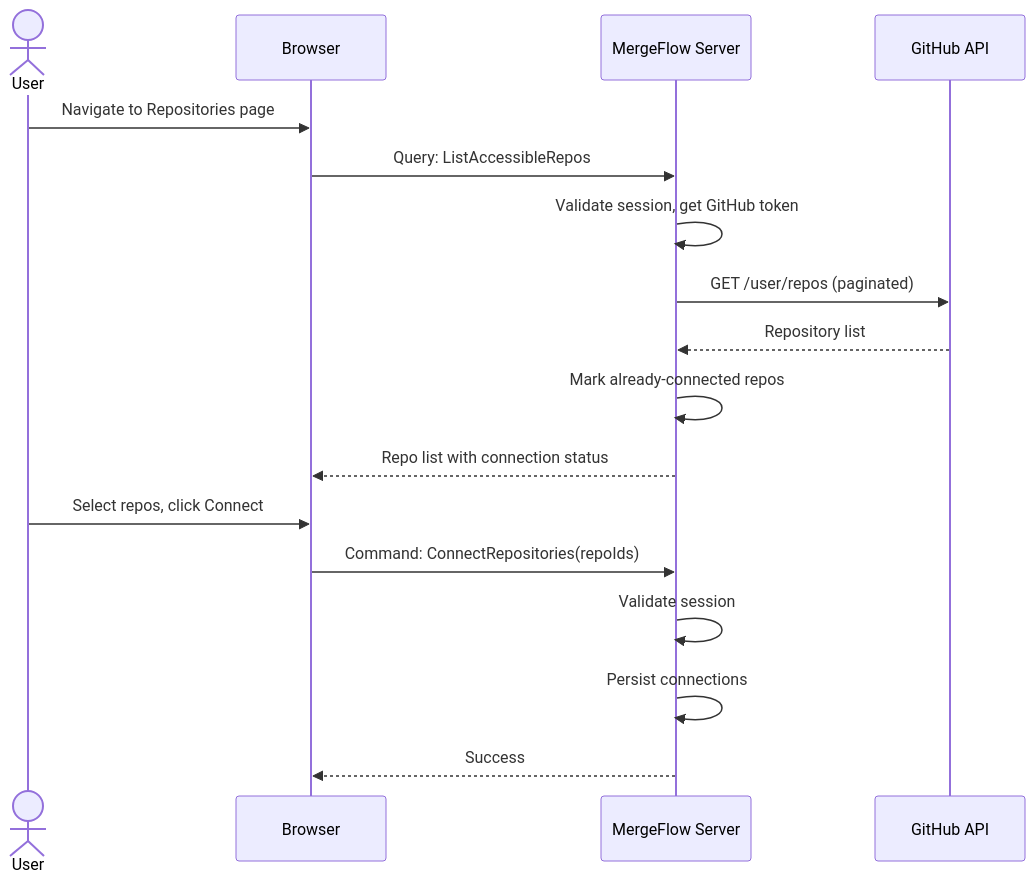
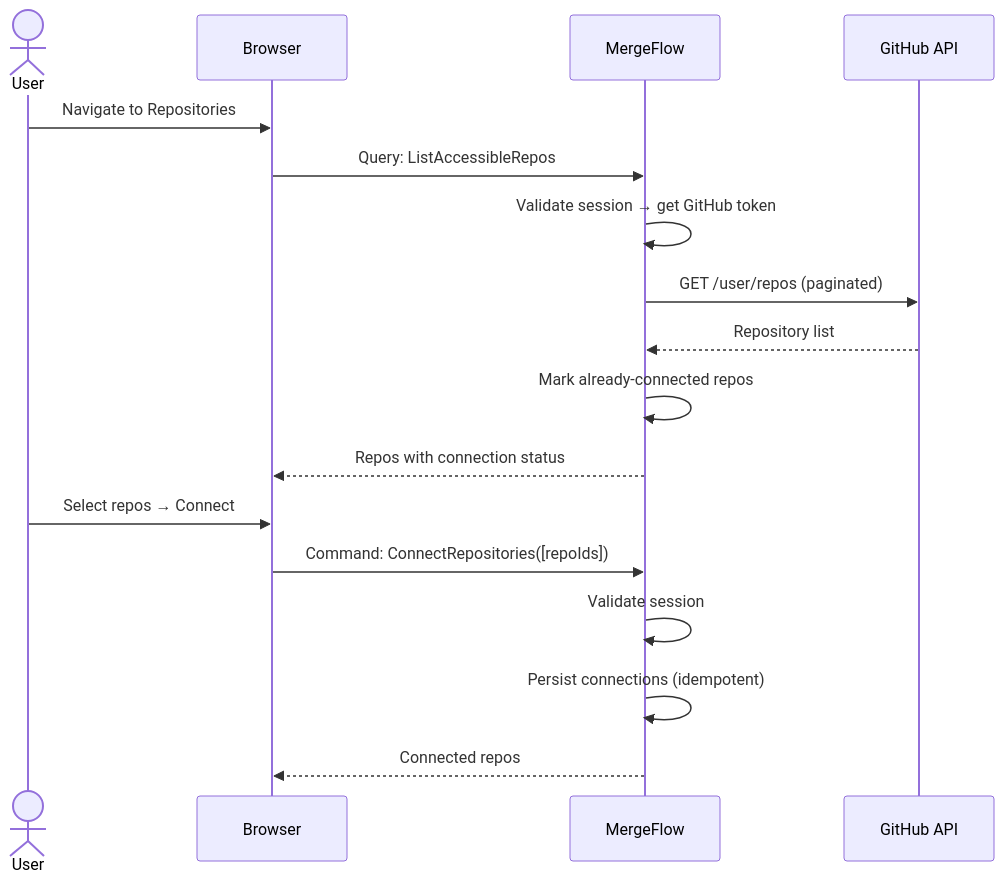
Before and after one commit to sankar-chaitanya2025/MergeFlow: the fifth of 10 diagrams in docs/03-system-architecture.md, drawn with Mermaid. The commit also changed other lines of this file, not shown here.

Commit message:
docs: revise architecture ADRs and add canonical C4 diagrams

````diff
--- a/docs/03-system-architecture.md
+++ b/docs/03-system-architecture.md
@@ -254,21 +283,21 @@
 ```mermaid
 sequenceDiagram
     actor User
     participant Browser
-    participant Server as MergeFlow Server
+    participant Server as MergeFlow
     participant GitHub as GitHub API
 
-    User->>Browser: Navigate to Repositories page
+    User->>Browser: Navigate to Repositories
     Browser->>Server: Query: ListAccessibleRepos
-    Server->>Server: Validate session, get GitHub token
+    Server->>Server: Validate session → get GitHub token
     Server->>GitHub: GET /user/repos (paginated)
     GitHub-->>Server: Repository list
     Server->>Server: Mark already-connected repos
-    Server-->>Browser: Repo list with connection status
+    Server-->>Browser: Repos with connection status
 
-    User->>Browser: Select repos, click Connect
-    Browser->>Server: Command: ConnectRepositories(repoIds)
+    User->>Browser: Select repos → Connect
+    Browser->>Server: Command: ConnectRepositories([repoIds])
     Server->>Server: Validate session
-    Server->>Server: Persist connections
-    Server-->>Browser: Success
+    Server->>Server: Persist connections (idempotent)
+    Server-->>Browser: Connected repos
 ```
````
